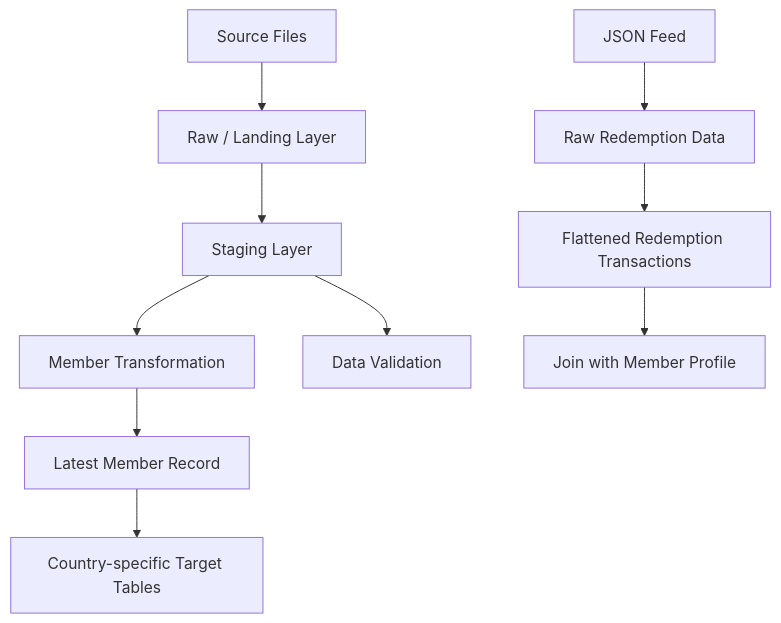
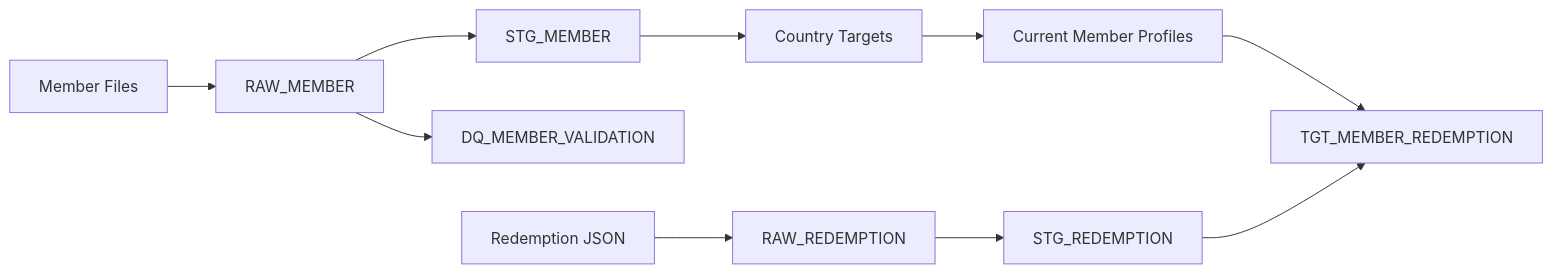
One commit to nitishverma721/Nitish_Data_Craftsperson_Incubyte_Project changed the second of 2 diagrams in docs/architecture.md. Above: the diagram before and after it, drawn with Mermaid. The commit also changed other lines of this file and 2 other files, not shown here.

First line of the commit message:
Finalize architecture and project documentation

````diff
--- a/docs/architecture.md
+++ b/docs/architecture.md
@@ -7,13 +128,12 @@
 ```mermaid
-flowchart TD
-    A[Source Files] --> B[Raw / Landing Layer]
-    B --> C[Staging Layer]
-    C --> D[Member Transformation]
-    C --> E[Data Validation]
-    D --> F[Latest Member Record]
-    F --> G[Country-specific Target Tables]
-
-    H[JSON Feed] --> I[Raw Redemption Data]
-    I --> J[Flattened Redemption Transactions]
-    J --> K[Join with Member Profile]
+flowchart LR
+    A[Member Files] --> B[RAW_MEMBER]
+    B --> C[STG_MEMBER]
+    B --> D[DQ_MEMBER_VALIDATION]
+    C --> E[Country Targets]
+    E --> F[Current Member Profiles]
+    G[Redemption JSON] --> H[RAW_REDEMPTION]
+    H --> I[STG_REDEMPTION]
+    F --> J[TGT_MEMBER_REDEMPTION]
+    I --> J
 ```
````
